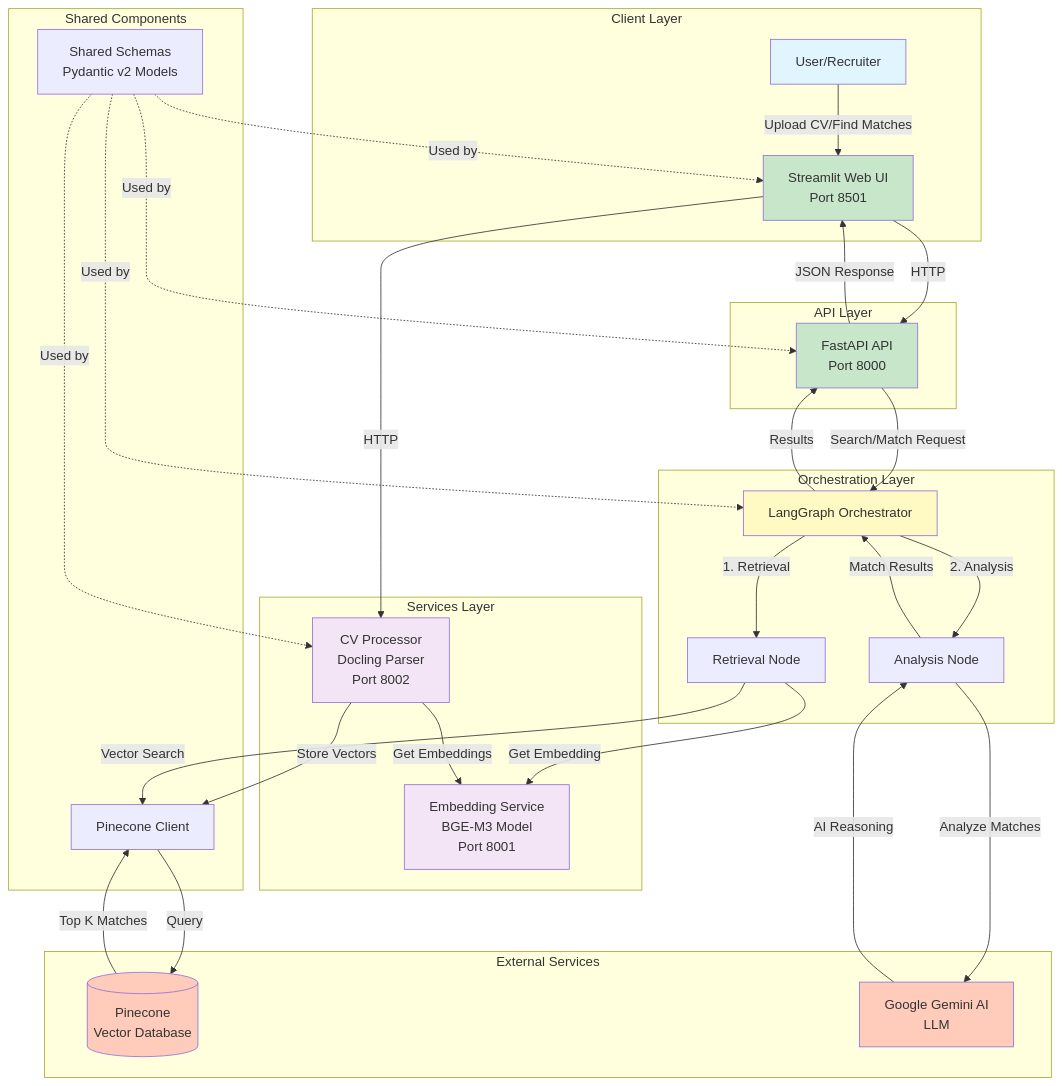
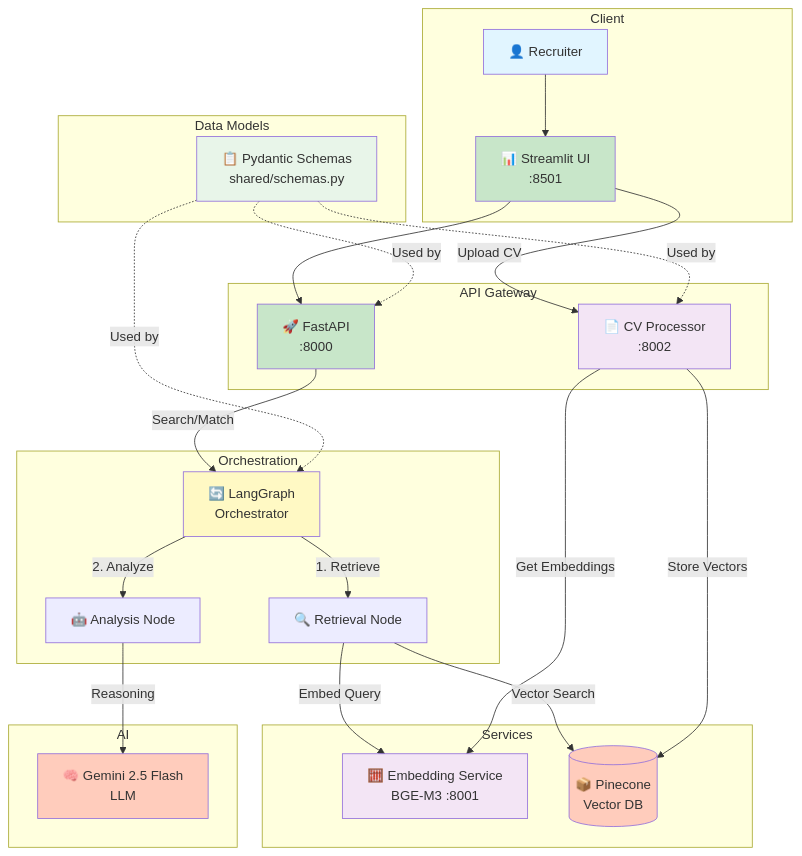
The first of 3 diagrams in README.md (kkonst-bond-edu/funds-search), drawn with Mermaid before and after one commit. The commit also changed other lines of this file, not shown here.

Commit message:
Optimize README: add schemas, enhance graphics, improve structure

````diff
--- a/README.md
+++ b/README.md
@@ -15,69 +11,45 @@
 ```mermaid
 graph TB
-    subgraph "Client Layer"
-        User[User/Recruiter]
-        WebUI[Streamlit Web UI<br/>Port 8501]
+    subgraph "Client"
+        User[👤 Recruiter] --> WebUI[📊 Streamlit UI<br/>:8501]
     end
     
-    subgraph "API Layer"
-        API[FastAPI API<br/>Port 8000]
+    subgraph "API Gateway"
+        WebUI --> API[🚀 FastAPI<br/>:8000]
+        WebUI -->|Upload CV| CVProc[📄 CV Processor<br/>:8002]
     end
     
-    subgraph "Orchestration Layer"
-        Orchestrator[LangGraph Orchestrator]
-        RetrievalNode[Retrieval Node]
-        AnalysisNode[Analysis Node]
+    subgraph "Orchestration"
+        API -->|Search/Match| Orch[🔄 LangGraph<br/>Orchestrator]
+        Orch -->|1. Retrieve| RetNode[🔍 Retrieval Node]
+        Orch -->|2. Analyze| AnaNode[🤖 Analysis Node]
     end
     
-    subgraph "Services Layer"
-        EmbeddingService[Embedding Service<br/>BGE-M3 Model<br/>Port 8001]
-        CVProcessor[CV Processor<br/>Docling Parser<br/>Port 8002]
+    subgraph "Services"
+        RetNode -->|Embed Query| EmbSvc[🧮 Embedding Service<br/>BGE-M3 :8001]
+        RetNode -->|Vector Search| PC[(📦 Pinecone<br/>Vector DB)]
+        CVProc -->|Get Embeddings| EmbSvc
+        CVProc -->|Store Vectors| PC
     end
     
-    subgraph "External Services"
-        Pinecone[(Pinecone<br/>Vector Database)]
-        Gemini[Google Gemini AI<br/>LLM]
+    subgraph "AI"
+        AnaNode -->|Reasoning| Gemini[🧠 Gemini 2.5 Flash<br/>LLM]
     end
     
-    subgraph "Shared Components"
-        Schemas[Shared Schemas<br/>Pydantic v2 Models]
-        PineconeClient[Pinecone Client]
+    subgraph "Data Models"
+        Schemas[📋 Pydantic Schemas<br/>shared/schemas.py]
+        Schemas -.->|Used by| API
+        Schemas -.->|Used by| Orch
+        Schemas -.->|Used by| CVProc
     end
-    
-    User -->|Upload CV/Find Matches| WebUI
-    WebUI -->|HTTP| API
-    WebUI -->|HTTP| CVProcessor
-    
-    API -->|Search/Match Request| Orchestrator
-    
-    Orchestrator -->|1. Retrieval| RetrievalNode
-    RetrievalNode -->|Get Embedding| EmbeddingService
-    RetrievalNode -->|Vector Search| PineconeClient
-    PineconeClient -->|Query| Pinecone
-    Pinecone -->|Top K Matches| PineconeClient
-    
-    Orchestrator -->|2. Analysis| AnalysisNode
-    AnalysisNode -->|Analyze Matches| Gemini
-    Gemini -->|AI Reasoning| AnalysisNode
-    
-    AnalysisNode -->|Match Results| Orchestrator
-    Orchestrator -->|Results| API
-    API -->|JSON Response| WebUI
-    
-    CVProcessor -->|Get Embeddings| EmbeddingService
-    CVProcessor -->|Store Vectors| PineconeClient
-    
-    Schemas -.->|Used by| API
-    Schemas -.->|Used by| Orchestrator
-    Schemas -.->|Used by| CVProcessor
-    Schemas -.->|Used by| WebUI
     
     style User fill:#e1f5ff
     style WebUI fill:#c8e6c9
     style API fill:#c8e6c9
-    style Orchestrator fill:#fff9c4
-    style EmbeddingService fill:#f3e5f5
-    style CVProcessor fill:#f3e5f5
-    style Pinecone fill:#ffccbc
+    style Orch fill:#fff9c4
+    style EmbSvc fill:#f3e5f5
+    style CVProc fill:#f3e5f5
+    style PC fill:#ffccbc
     style Gemini fill:#ffccbc
+    style Schemas fill:#e8f5e9
 ```
````
